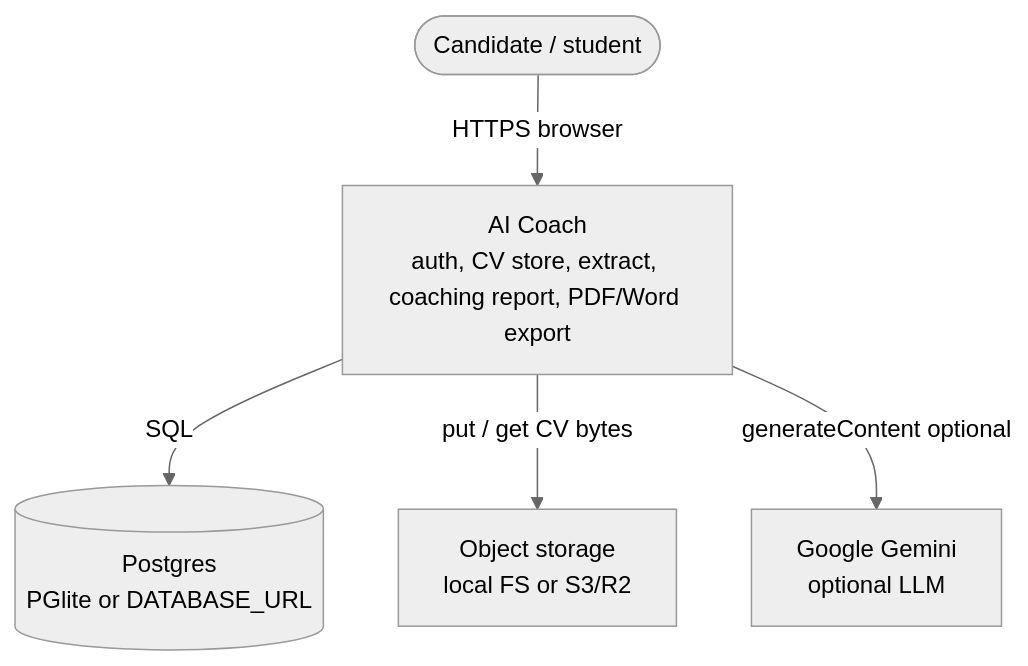
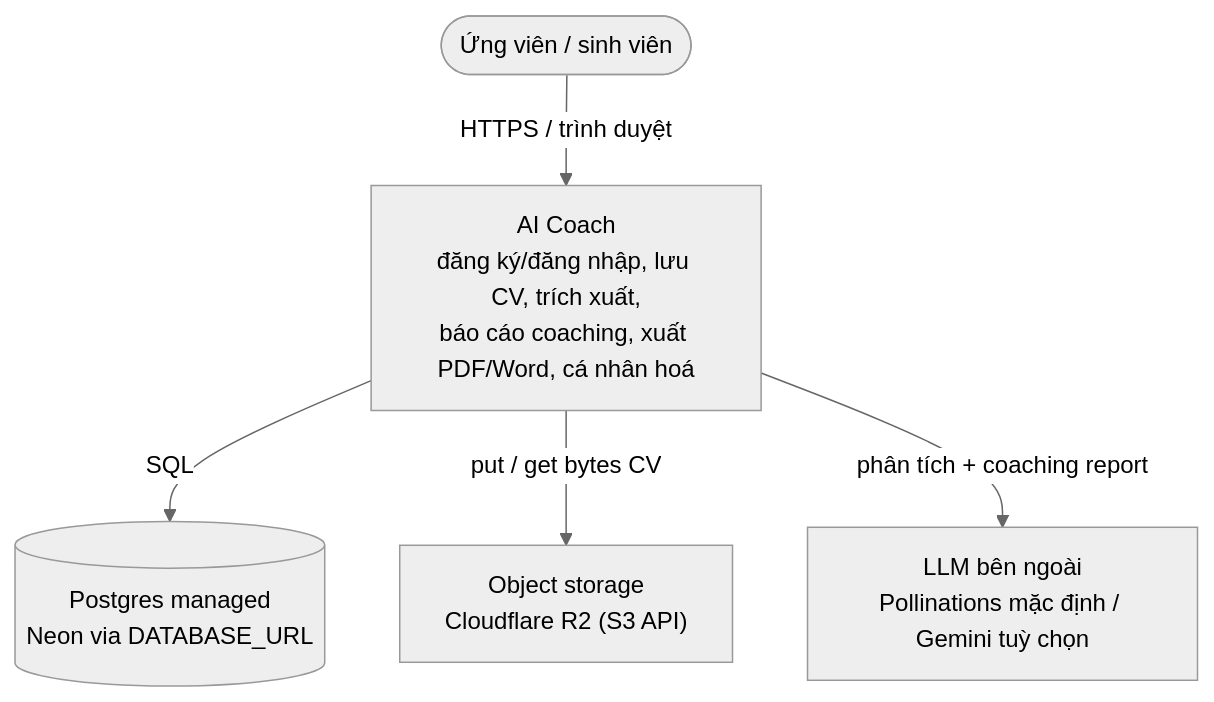
Before and after one commit to nguyentantai21042004/co3065-advanced-software-engineering: the first of 3 diagrams in documents/architecture/c4.md, drawn with Mermaid (neutral theme). The commit also changed other lines of this file and 7 other files, not shown here.

First line of the commit message:
docs: Vietnamese presentation guides and architecture refresh

````diff
--- a/documents/architecture/c4.md
+++ b/documents/architecture/c4.md
@@ -7,13 +19,13 @@
 ```mermaid
 flowchart TB
-  user(["Candidate / student"])
-  aicoach["AI Coach<br/>auth, CV store, extract, coaching report, PDF/Word export"]
-  gemini["Google Gemini<br/>optional LLM"]
-  object["Object storage<br/>local FS or S3/R2"]
-  pg[("Postgres<br/>PGlite or DATABASE_URL")]
+  user(["Ứng viên / sinh viên"])
+  aicoach["AI Coach<br/>đăng ký/đăng nhập, lưu CV, trích xuất,<br/>báo cáo coaching, xuất PDF/Word, cá nhân hoá"]
+  llm["LLM bên ngoài<br/>Pollinations mặc định / Gemini tuỳ chọn"]
+  object["Object storage<br/>Cloudflare R2 (S3 API)"]
+  pg[("Postgres managed<br/>Neon via DATABASE_URL")]
 
-  user -->|"HTTPS browser"| aicoach
+  user -->|"HTTPS / trình duyệt"| aicoach
   aicoach -->|"SQL"| pg
-  aicoach -->|"put / get CV bytes"| object
-  aicoach -->|"generateContent optional"| gemini
+  aicoach -->|"put / get bytes CV"| object
+  aicoach -->|"phân tích + coaching report"| llm
 ```
````
